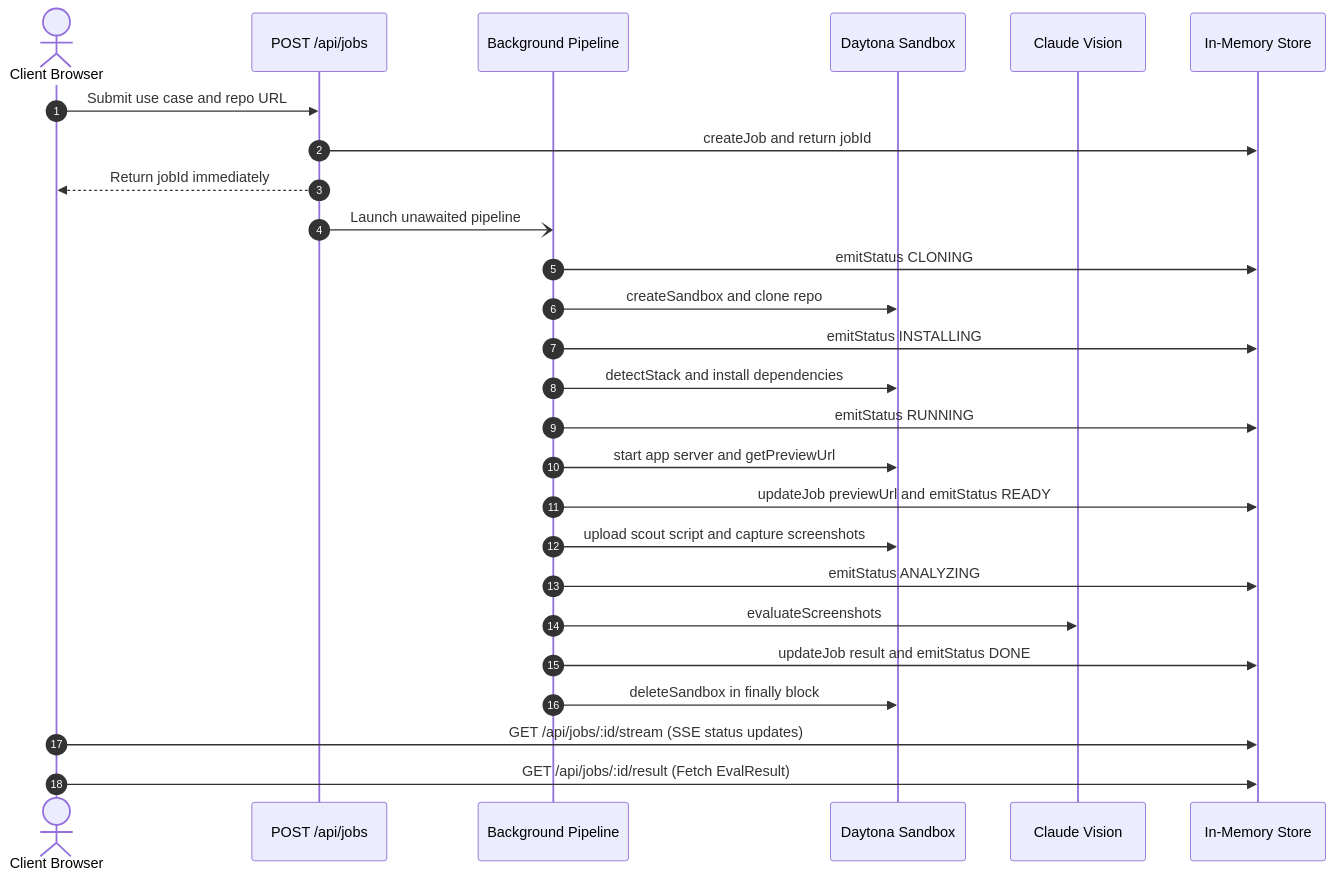
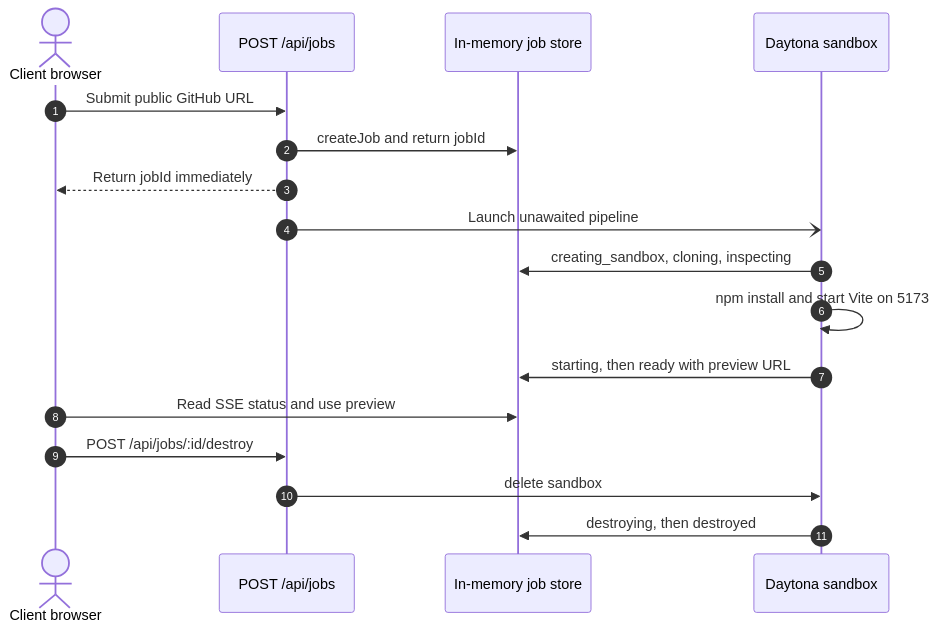
The diagram in AGENTS.md (statho7/trysdk), drawn with Mermaid before and after one commit. The commit also changed other lines of this file and 3 other files, not shown here.

````diff
--- a/AGENTS.md
+++ b/AGENTS.md
@@ -23,31 +21,20 @@
 ```mermaid
 sequenceDiagram
     autonumber
-    actor User as Client Browser
+    actor User as Client browser
     participant API as POST /api/jobs
-    participant Pipeline as Background Pipeline
-    participant Sandbox as Daytona Sandbox
-    participant Evaluator as Claude Vision
-    participant Store as In-Memory Store
+    participant Store as In-memory job store
+    participant Sandbox as Daytona sandbox
 
-    User->>API: Submit use case and repo URL
+    User->>API: Submit public GitHub URL
     API->>Store: createJob and return jobId
     API-->>User: Return jobId immediately
-    API-)Pipeline: Launch unawaited pipeline
-
-    Pipeline->>Store: emitStatus CLONING
-    Pipeline->>Sandbox: createSandbox and clone repo
-    Pipeline->>Store: emitStatus INSTALLING
-    Pipeline->>Sandbox: detectStack and install dependencies
-    Pipeline->>Store: emitStatus RUNNING
-    Pipeline->>Sandbox: start app server and getPreviewUrl
-    Pipeline->>Store: updateJob previewUrl and emitStatus READY
-    Pipeline->>Sandbox: upload scout script and capture screenshots
-    Pipeline->>Store: emitStatus ANALYZING
-    Pipeline->>Evaluator: evaluateScreenshots
-    Pipeline->>Store: updateJob result and emitStatus DONE
-    Pipeline->>Sandbox: deleteSandbox in finally block
-
-    User->>Store: GET /api/jobs/:id/stream (SSE status updates)
-    User->>Store: GET /api/jobs/:id/result (Fetch EvalResult)
+    API-)Sandbox: Launch unawaited pipeline
+    Sandbox->>Store: creating_sandbox, cloning, inspecting
+    Sandbox->>Sandbox: npm install and start Vite on 5173
+    Sandbox->>Store: starting, then ready with preview URL
+    User->>Store: Read SSE status and use preview
+    User->>API: POST /api/jobs/:id/destroy
+    API->>Sandbox: delete sandbox
+    Sandbox->>Store: destroying, then destroyed
 ```
````
